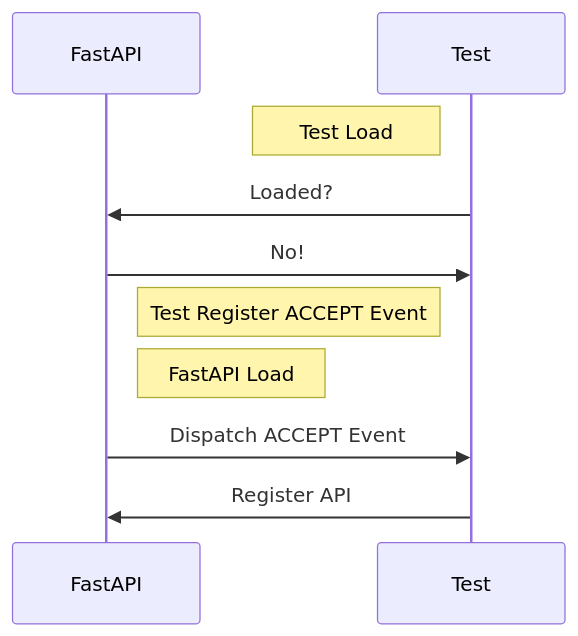
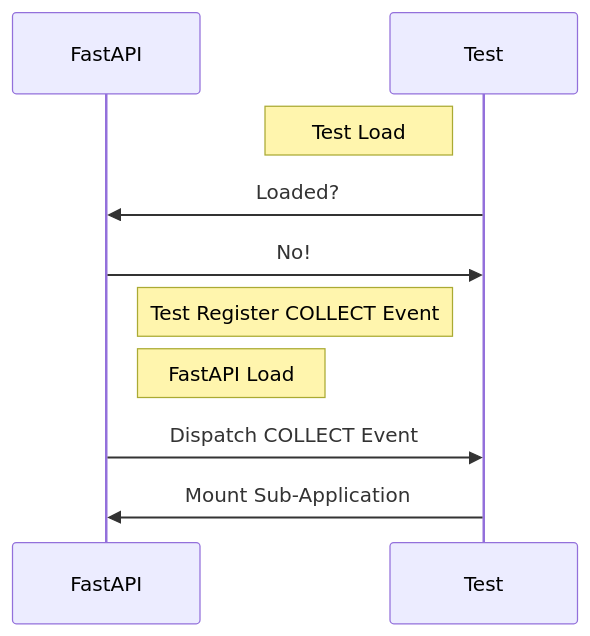
One commit to AnzhiZhang/MCDReforgedPlugins changed the second of 3 diagrams in src/fastapi_mcdr/readme.md. Above: the diagram before and after it, drawn with Mermaid. The commit also changed other lines of this file and 1 other file, not shown here.

````diff
--- a/src/fastapi_mcdr/readme.md
+++ b/src/fastapi_mcdr/readme.md
@@ -78,17 +91,17 @@
 ```mermaid
 sequenceDiagram
     participant FastAPI
     participant Test
 
     Note left of Test: Test Load
 
     Test ->> FastAPI: Loaded?
     FastAPI ->> Test: No!
 
-    Note left of Test: Test Register ACCEPT Event
+    Note left of Test: Test Register COLLECT Event
 
     Note right of FastAPI: FastAPI Load
 
-    FastAPI ->> Test: Dispatch ACCEPT Event
-    Test ->> FastAPI: Register API
+    FastAPI ->> Test: Dispatch COLLECT Event
+    Test ->> FastAPI: Mount Sub-Application
 ```
````
